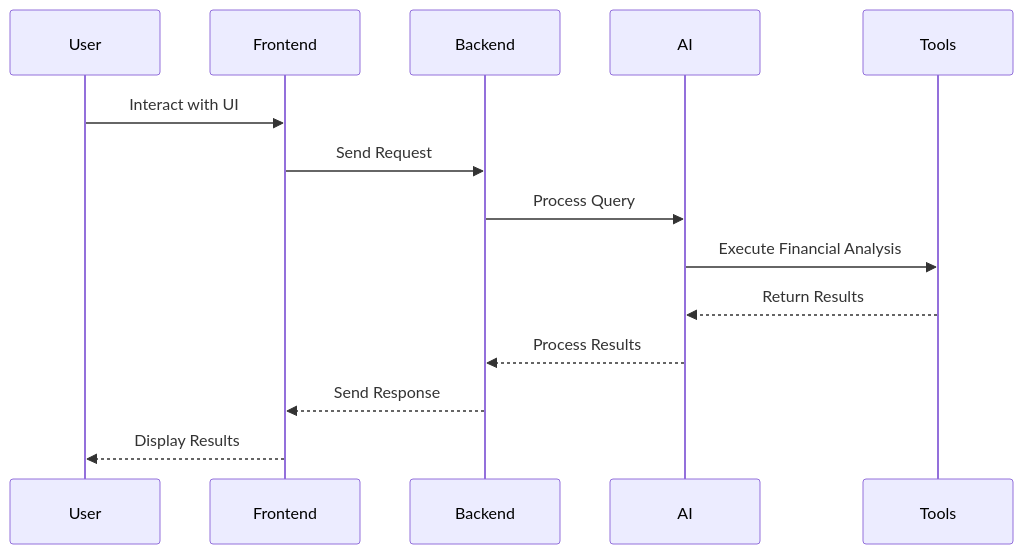
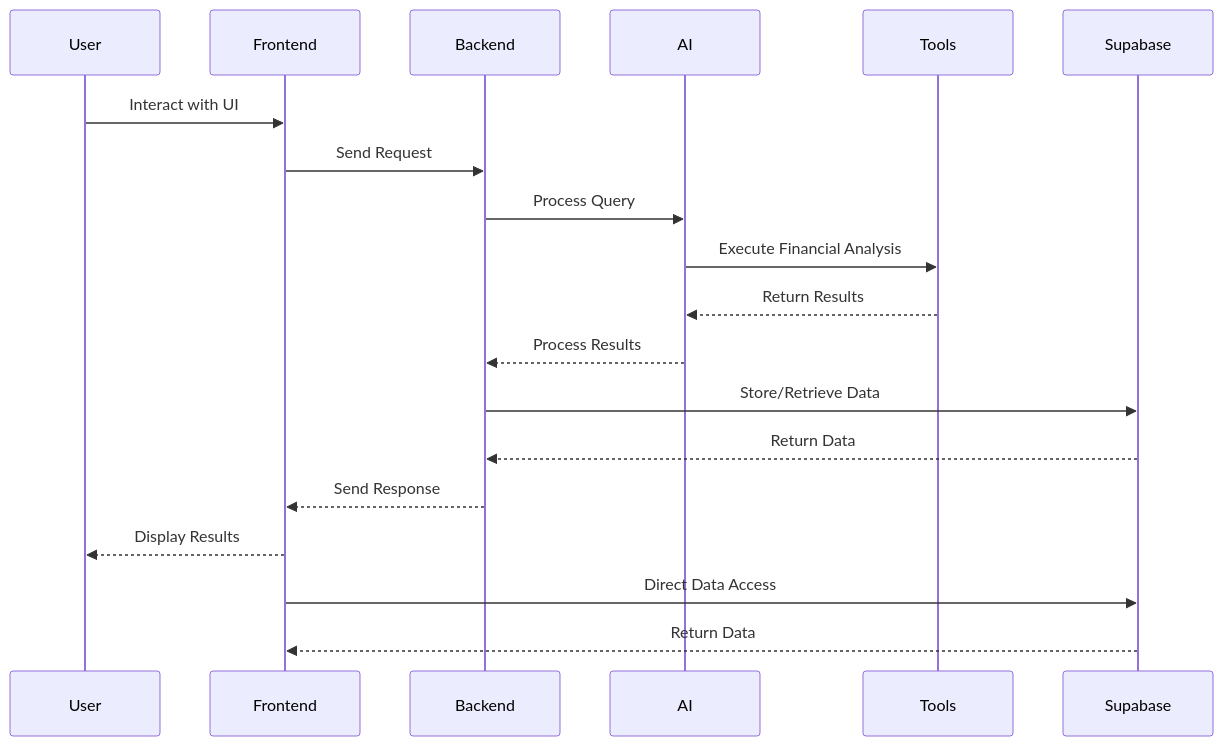
The second of 4 diagrams in README.md (jesteban19/Project-Agent-Hackaton-Microsoft), drawn with Mermaid before and after one commit. The commit also changed other lines of this file, not shown here.

Commit message:
Update README to reflect integration of Supabase for data storage, including changes to data flow diagrams and sequence diagrams for improved clarity on data interactions.

````diff
--- a/README.md
+++ b/README.md
@@ -54,17 +55,22 @@
 ```mermaid
 sequenceDiagram
     participant User
     participant Frontend
     participant Backend
     participant AI
     participant Tools
+    participant Supabase
 
     User->>Frontend: Interact with UI
     Frontend->>Backend: Send Request
     Backend->>AI: Process Query
     AI->>Tools: Execute Financial Analysis
     Tools-->>AI: Return Results
     AI-->>Backend: Process Results
+    Backend->>Supabase: Store/Retrieve Data
+    Supabase-->>Backend: Return Data
     Backend-->>Frontend: Send Response
     Frontend-->>User: Display Results
+    Frontend->>Supabase: Direct Data Access
+    Supabase-->>Frontend: Return Data
 ```
````
